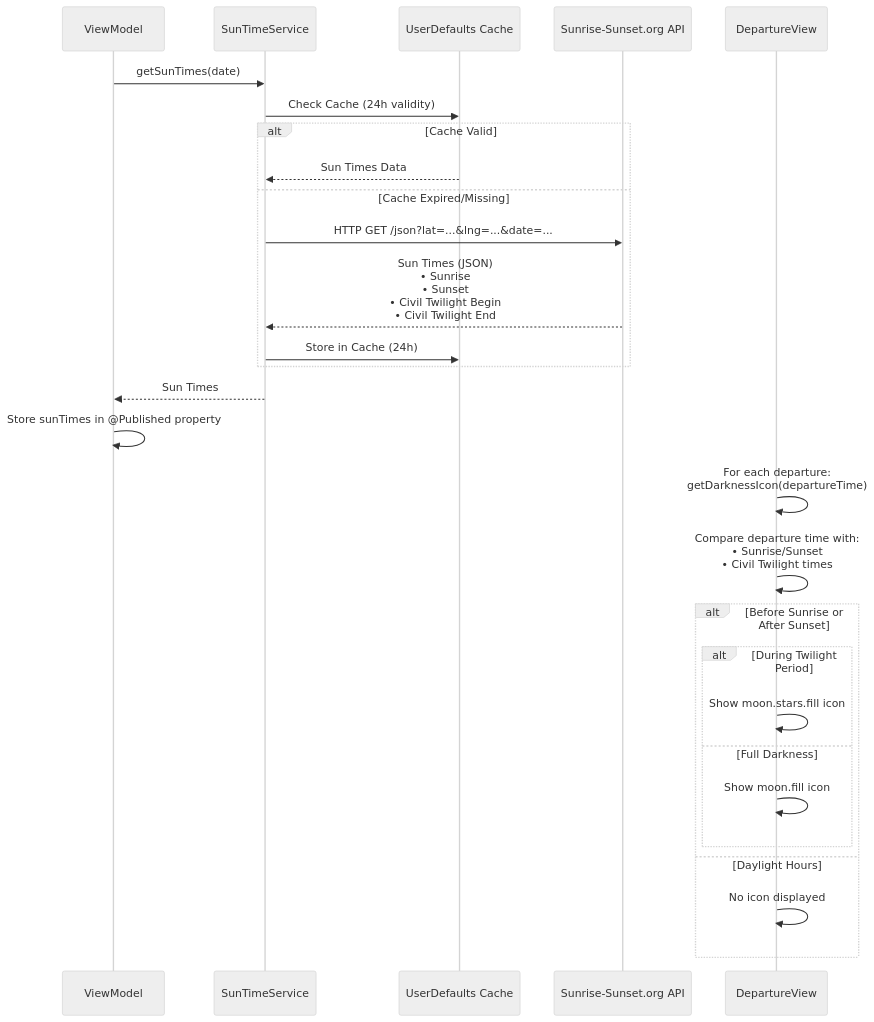
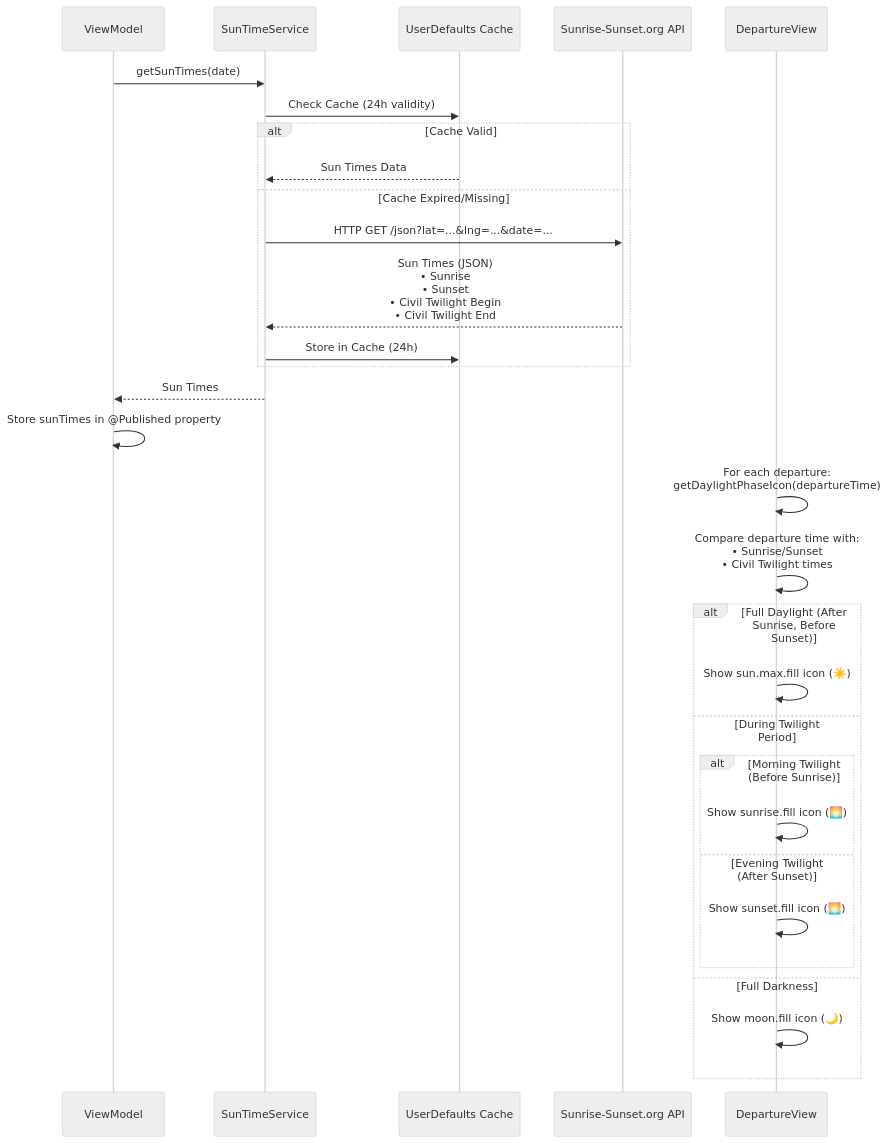
One commit to pfederi/Next-Wave changed the eighth of 23 diagrams in ARC42_DOCUMENTATION.md. Above: the diagram before and after it, drawn with Mermaid (neutral theme). The commit also changed other lines of this file and 9 other files, not shown here.

First line of the commit message:
Update daylight phase indicators in documentation and UI

````diff
--- a/ARC42_DOCUMENTATION.md
+++ b/ARC42_DOCUMENTATION.md
@@ -354,35 +354,37 @@
 ```mermaid
 sequenceDiagram
     participant ViewModel
     participant SunTimeService
     participant Cache as UserDefaults Cache
     participant SunAPI as Sunrise-Sunset.org API
     participant DepartureView
     
     ViewModel->>SunTimeService: getSunTimes(date)
     SunTimeService->>Cache: Check Cache (24h validity)
     
     alt Cache Valid
         Cache-->>SunTimeService: Sun Times Data
     else Cache Expired/Missing
         SunTimeService->>SunAPI: HTTP GET /json?lat=...&lng=...&date=...
         SunAPI-->>SunTimeService: Sun Times (JSON)<br/>• Sunrise<br/>• Sunset<br/>• Civil Twilight Begin<br/>• Civil Twilight End
         SunTimeService->>Cache: Store in Cache (24h)
     end
     
     SunTimeService-->>ViewModel: Sun Times
     ViewModel->>ViewModel: Store sunTimes in @Published property
     
-    DepartureView->>DepartureView: For each departure:<br/>getDarknessIcon(departureTime)
+    DepartureView->>DepartureView: For each departure:<br/>getDaylightPhaseIcon(departureTime)
     DepartureView->>DepartureView: Compare departure time with:<br/>• Sunrise/Sunset<br/>• Civil Twilight times
     
-    alt Before Sunrise or After Sunset
-        alt During Twilight Period
-            DepartureView->>DepartureView: Show moon.stars.fill icon
-        else Full Darkness
-            DepartureView->>DepartureView: Show moon.fill icon
+    alt Full Daylight (After Sunrise, Before Sunset)
+        DepartureView->>DepartureView: Show sun.max.fill icon (☀️)
+    else During Twilight Period
+        alt Morning Twilight (Before Sunrise)
+            DepartureView->>DepartureView: Show sunrise.fill icon (🌅)
+        else Evening Twilight (After Sunset)
+            DepartureView->>DepartureView: Show sunset.fill icon (🌅)
         end
-    else Daylight Hours
-        DepartureView->>DepartureView: No icon displayed
+    else Full Darkness
+        DepartureView->>DepartureView: Show moon.fill icon (🌙)
     end
 ```
````
